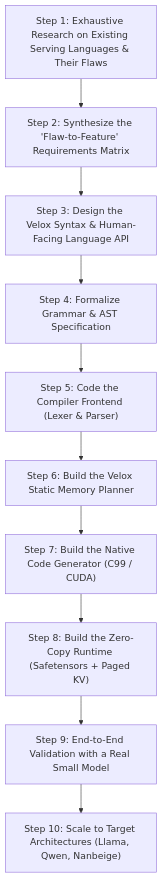
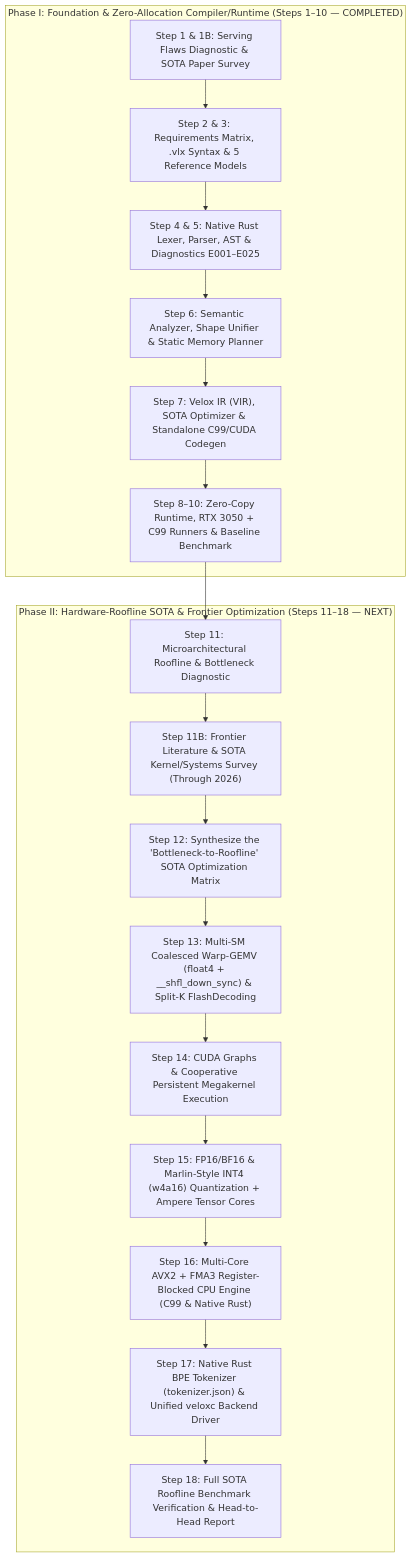
Before and after one commit to sebastianCodeNew/Velox: the diagram in velox_workflow_plan.md, drawn with Mermaid. The commit also changed other lines of this file and 31 other files, not shown here.

First line of the commit message:
feat: phase2 step13 multi-sm coalesced warp-gemv and parallel lm-head

````diff
--- a/velox_workflow_plan.md
+++ b/velox_workflow_plan.md
@@ -7,12 +9,23 @@
 ```mermaid
 flowchart TD
-    S1["Step 1: Exhaustive Research on Existing Serving Languages & Their Flaws"] --> S2["Step 2: Synthesize the 'Flaw-to-Feature' Requirements Matrix"]
-    S2 --> S3["Step 3: Design the Velox Syntax & Human-Facing Language API"]
-    S3 --> S4["Step 4: Formalize Grammar & AST Specification"]
-    S4 --> S5["Step 5: Code the Compiler Frontend (Lexer & Parser)"]
-    S5 --> S6["Step 6: Build the Velox Static Memory Planner"]
-    S6 --> S7["Step 7: Build the Native Code Generator (C99 / CUDA)"]
-    S7 --> S8["Step 8: Build the Zero-Copy Runtime (Safetensors + Paged KV)"]
-    S8 --> S9["Step 9: End-to-End Validation with a Real Small Model"]
-    S9 --> S10["Step 10: Scale to Target Architectures (Llama, Qwen, Nanbeige)"]
+    subgraph P1["Phase I: Foundation & Zero-Allocation Compiler/Runtime (Steps 1–10 — COMPLETED)"]
+        S1["Step 1 & 1B: Serving Flaws Diagnostic & SOTA Paper Survey"] --> S2["Step 2 & 3: Requirements Matrix, .vlx Syntax & 5 Reference Models"]
+        S2 --> S4["Step 4 & 5: Native Rust Lexer, Parser, AST & Diagnostics E001–E025"]
+        S4 --> S6["Step 6: Semantic Analyzer, Shape Unifier & Static Memory Planner"]
+        S6 --> S7["Step 7: Velox IR (VIR), SOTA Optimizer & Standalone C99/CUDA Codegen"]
+        S7 --> S8["Step 8–10: Zero-Copy Runtime, RTX 3050 + C99 Runners & Baseline Benchmark"]
+    end
+
+    subgraph P2["Phase II: Hardware-Roofline SOTA & Frontier Optimization (Steps 11–18 — NEXT)"]
+        S11["Step 11: Microarchitectural Roofline & Bottleneck Diagnostic"] --> S11B["Step 11B: Frontier Literature & SOTA Kernel/Systems Survey (Through 2026)"]
+        S11B --> S12["Step 12: Synthesize the 'Bottleneck-to-Roofline' SOTA Optimization Matrix"]
+        S12 --> S13["Step 13: Multi-SM Coalesced Warp-GEMV (float4 + __shfl_down_sync) & Split-K FlashDecoding"]
+        S13 --> S14["Step 14: CUDA Graphs & Cooperative Persistent Megakernel Execution"]
+        S14 --> S15["Step 15: FP16/BF16 & Marlin-Style INT4 (w4a16) Quantization + Ampere Tensor Cores"]
+        S15 --> S16["Step 16: Multi-Core AVX2 + FMA3 Register-Blocked CPU Engine (C99 & Native Rust)"]
+        S16 --> S17["Step 17: Native Rust BPE Tokenizer (tokenizer.json) & Unified veloxc Backend Driver"]
+        S17 --> S18["Step 18: Full SOTA Roofline Benchmark Verification & Head-to-Head Report"]
+    end
+
+    S8 --> S11
 ```
````
